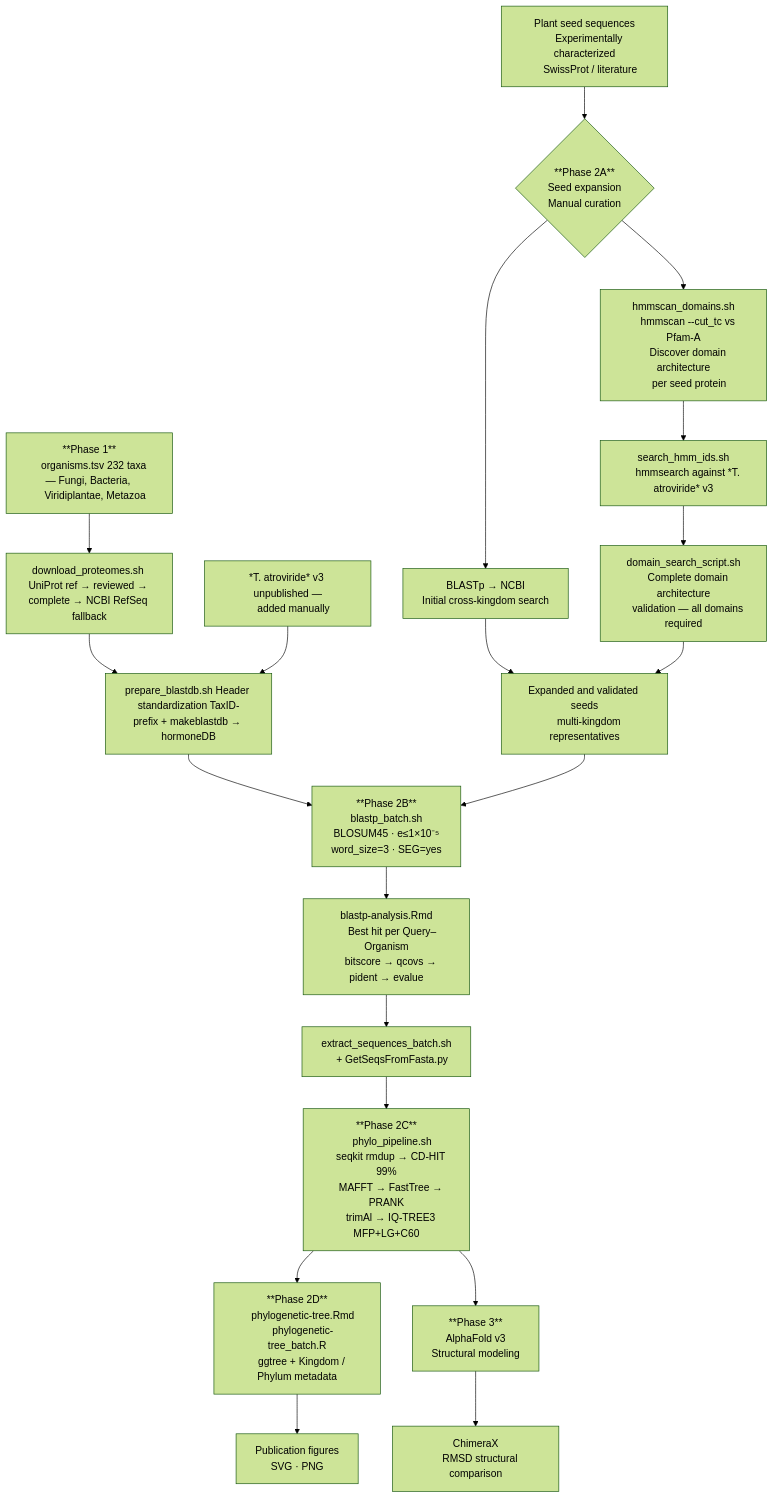
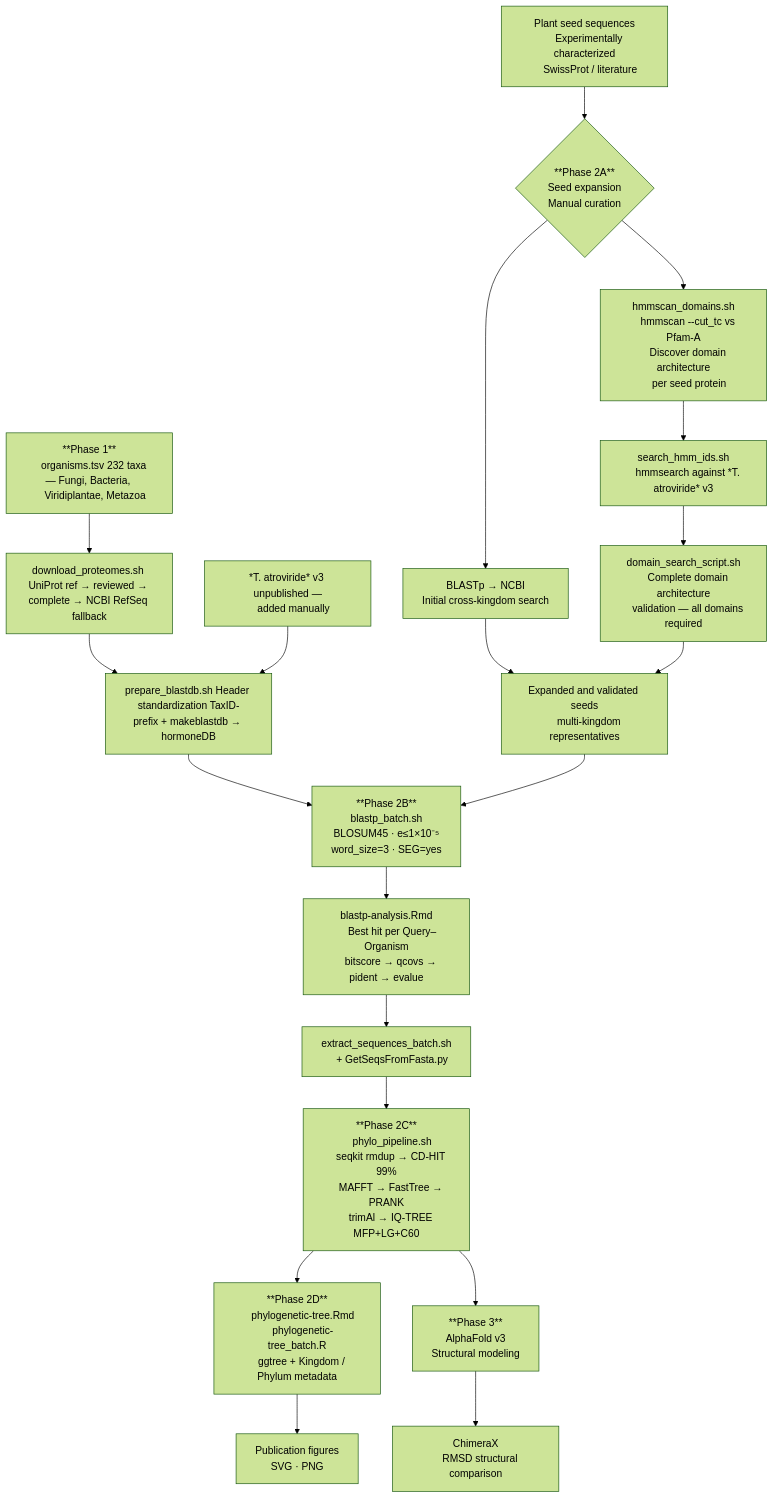
One commit to DavidAlberto/Phytohormones-Fungi changed the diagram in README.md. Above: the diagram before and after it, drawn with Mermaid (forest theme).

Commit message:
Fix typo in README for IQ-TREE version

````diff
--- a/README.md
+++ b/README.md
@@ -42,61 +42,61 @@
 ```mermaid
 flowchart TD
     A["**Phase 1**
     organisms.tsv 232 taxa — Fungi, Bacteria, 
     Viridiplantae, Metazoa"] --> B["download_proteomes.sh UniProt ref → reviewed → complete → NCBI RefSeq fallback"]
     B --> C["prepare_blastdb.sh Header standardization TaxID-prefix + makeblastdb → hormoneDB"]
     M["*T. atroviride* v3 unpublished —
     added manually"] --> C
 
     D["Plant seed sequences
     Experimentally characterized
     SwissProt / literature"] --> E0{"**Phase 2A**
     Seed expansion
     Manual curation"}
     
     E0 --> F["BLASTp → NCBI
     Initial cross-kingdom search"]
 
     E0 --> E["hmmscan_domains.sh
     hmmscan --cut_tc vs Pfam-A
     Discover domain architecture
     per seed protein"]
     E --> G["search_hmm_ids.sh
     hmmsearch against *T. atroviride* v3"]
     G --> H["domain_search_script.sh
     Complete domain architecture
     validation — all domains required"]
     F --> I["Expanded and validated seeds
     multi-kingdom representatives"]
     H --> I
 
     C --> J["**Phase 2B**
     blastp_batch.sh
     BLOSUM45 · e≤1×10⁻⁵
     word_size=3 · SEG=yes"]
     I --> J
     J --> K["blastp-analysis.Rmd
     Best hit per Query–Organism
     bitscore → qcovs → pident → evalue"]
     K --> L["extract_sequences_batch.sh
     + GetSeqsFromFasta.py"]
 
     L --> N["**Phase 2C**
     phylo_pipeline.sh
     seqkit rmdup → CD-HIT 99%
     MAFFT → FastTree → PRANK
-    trimAl → IQ-TREE3 MFP+LG+C60"]
+    trimAl → IQ-TREE MFP+LG+C60"]
 
     N --> O["**Phase 2D**
     phylogenetic-tree.Rmd
     phylogenetic-tree_batch.R
     ggtree + Kingdom / Phylum metadata"]
     O --> P["Publication figures
     SVG · PNG"]
     
     N --> Q["**Phase 3**
     AlphaFold v3
     Structural modeling"]
     Q --> R["ChimeraX
     RMSD structural comparison"]
 ```
````
